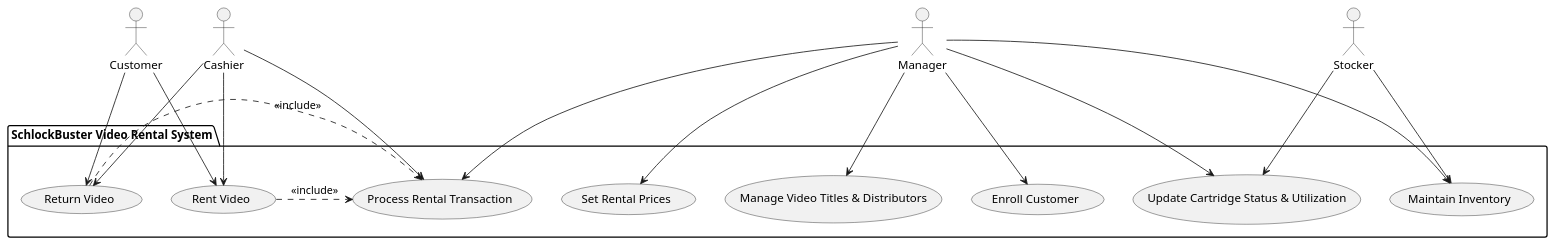
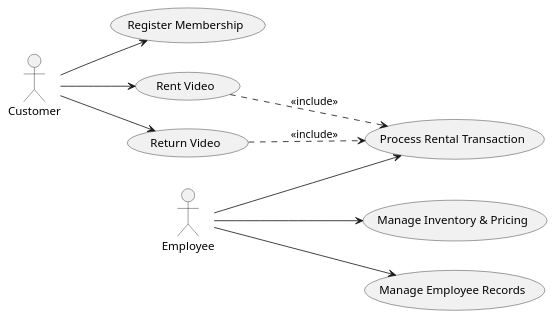
Before and after one commit to RayWP/pfsa-id: the diagram in survey-ud/gen-nr-nent-o3-mini/R36_Video Rental_class_diagram.puml, drawn with PlantUML. The commit also changed 7 other files, not shown here.

```diff
--- a/survey-ud/gen-nr-nent-o3-mini/R36_Video Rental_class_diagram.puml
+++ b/survey-ud/gen-nr-nent-o3-mini/R36_Video Rental_class_diagram.puml
@@ -1,42 +1,31 @@
 @startuml
+left to right direction
+
 actor Customer
-actor Manager
-actor Cashier
-actor Stocker
+actor Employee
 
-package "SchlockBuster Video Rental System" {
+' Use cases for Customer interactions
+usecase "Register Membership" as UC_Register
+usecase "Rent Video" as UC_Rent
+usecase "Return Video" as UC_Return
 
-  usecase "Enroll Customer" as UC_Enroll
-  usecase "Rent Video" as UC_Rent
-  usecase "Return Video" as UC_Return
-  usecase "Process Rental Transaction" as UC_Transact
-  usecase "Set Rental Prices" as UC_SetPrice
-  usecase "Maintain Inventory" as UC_Inventory
-  usecase "Manage Video Titles & Distributors" as UC_Titles
-  usecase "Update Cartridge Status & Utilization" as UC_Cartridge
+' Use cases for Employee interactions
+usecase "Process Rental Transaction" as UC_ProcessRental
+usecase "Manage Inventory & Pricing" as UC_Inventory
+usecase "Manage Employee Records" as UC_Employees
 
-}
-
-' Associations between Actors and Use Cases
+' Customer initiates membership, rental, and return processes
+Customer --> UC_Register
 Customer --> UC_Rent
 Customer --> UC_Return
 
-Manager --> UC_Enroll
-Manager --> UC_Transact
-Manager --> UC_SetPrice
-Manager --> UC_Inventory
-Manager --> UC_Titles
-Manager --> UC_Cartridge
+' Renting or returning a video includes processing a rental transaction
+UC_Rent ..> UC_ProcessRental : <<include>>
+UC_Return ..> UC_ProcessRental : <<include>>
 
-Cashier --> UC_Rent
-Cashier --> UC_Return
-Cashier --> UC_Transact
-
-Stocker --> UC_Inventory
-Stocker --> UC_Cartridge
-
-' Include relationships where one use case is a necessary part of another
-UC_Rent .> UC_Transact : <<include>>
-UC_Return .> UC_Transact : <<include>>
+' Employees perform transaction processing, inventory management and employee management
+Employee --> UC_ProcessRental
+Employee --> UC_Inventory
+Employee --> UC_Employees
 
 @enduml
```
